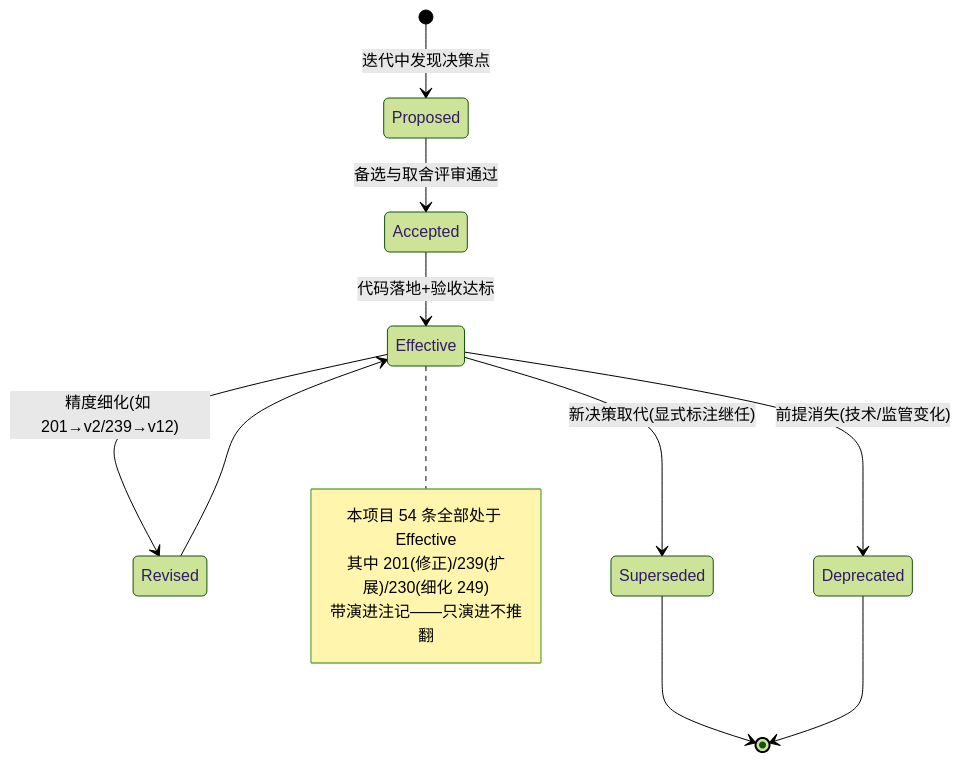
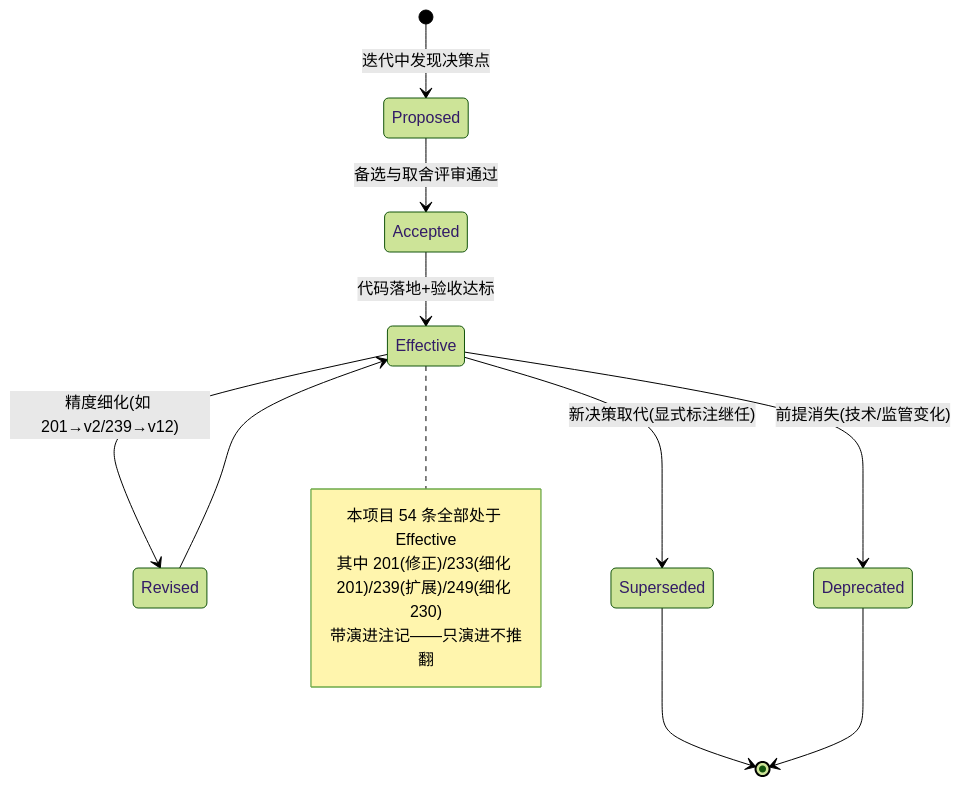
One commit to UranusGit/java-agent-learn changed the second of 3 diagrams in docs/项目/07-跨国多租户SaaS-Agent平台/15-ADR架构决策记录.md. Above: the diagram before and after it, drawn with Mermaid (forest theme). The commit also changed other lines of this file and 14 other files, not shown here.

````diff
--- a/docs/项目/07-跨国多租户SaaS-Agent平台/15-ADR架构决策记录.md
+++ b/docs/项目/07-跨国多租户SaaS-Agent平台/15-ADR架构决策记录.md
@@ -225,13 +223,13 @@
 ```mermaid
 stateDiagram-v2
     [*] --> Proposed: 迭代中发现决策点
     Proposed --> Accepted: 备选与取舍评审通过
     Accepted --> Effective: 代码落地+验收达标
     Effective --> Revised: 精度细化(如 201→v2/239→v12)
     Effective --> Superseded: 新决策取代(显式标注继任)
     Effective --> Deprecated: 前提消失(技术/监管变化)
     Revised --> Effective
     Superseded --> [*]
     Deprecated --> [*]
-    note right of Effective: 本项目 54 条全部处于 Effective<br/>其中 201(修正)/239(扩展)/230(细化 249)<br/>带演进注记——只演进不推翻
+    note right of Effective: 本项目 54 条全部处于 Effective<br/>其中 201(修正)/233(细化 201)/239(扩展)/249(细化 230)<br/>带演进注记——只演进不推翻
 ```
````
